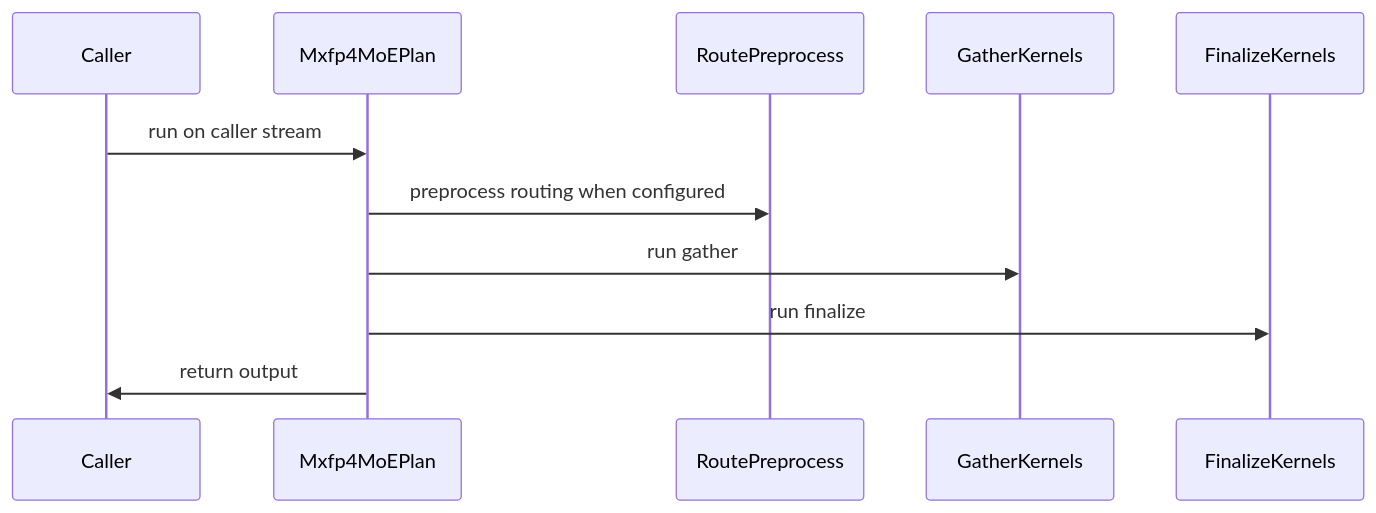
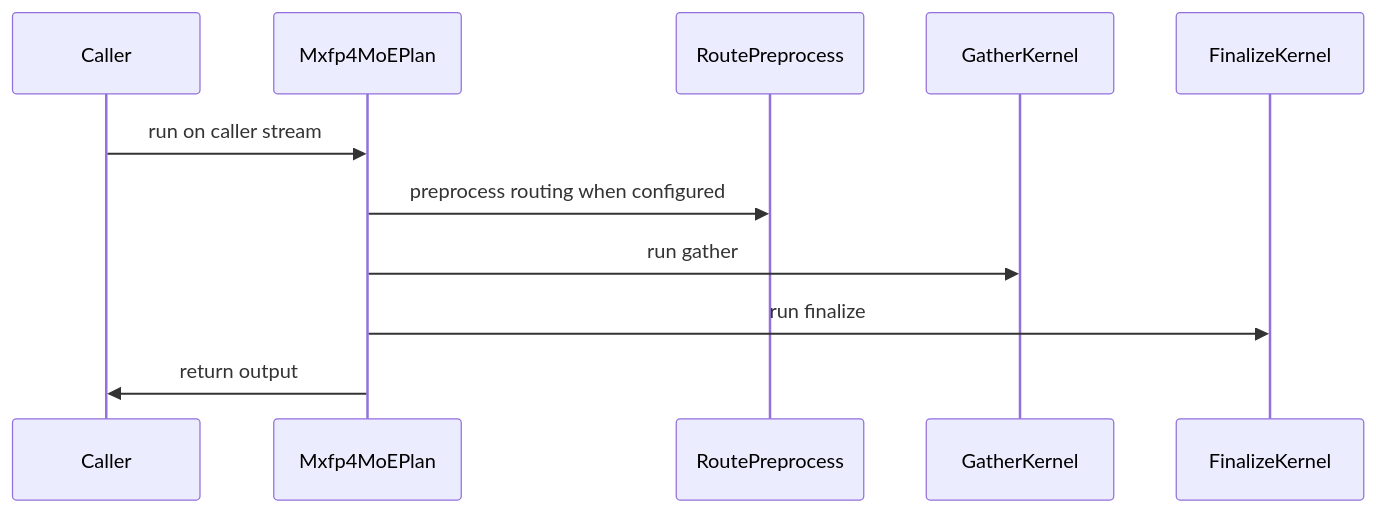
One commit to vincenjiang0707/ai-infra-knowledge-sources changed the diagram in sources/SRC-068/github_details/gh_bfb54282/pr_5518.md. Above: the diagram before and after it, drawn with Mermaid. The commit also changed other lines of this file and 7887 other files, not shown here.

````diff
--- a/sources/SRC-068/github_details/gh_bfb54282/pr_5518.md
+++ b/sources/SRC-068/github_details/gh_bfb54282/pr_5518.md
@@ -380,13 +443,13 @@
 ```mermaid
 sequenceDiagram
   participant Caller
   participant Mxfp4MoEPlan
   participant RoutePreprocess
-  participant GatherKernels
-  participant FinalizeKernels
+  participant GatherKernel
+  participant FinalizeKernel
   Caller->>Mxfp4MoEPlan: run on caller stream
   Mxfp4MoEPlan->>RoutePreprocess: preprocess routing when configured
-  Mxfp4MoEPlan->>GatherKernels: run gather
-  Mxfp4MoEPlan->>FinalizeKernels: run finalize
+  Mxfp4MoEPlan->>GatherKernel: run gather
+  Mxfp4MoEPlan->>FinalizeKernel: run finalize
   Mxfp4MoEPlan->>Caller: return output
 ```
````
